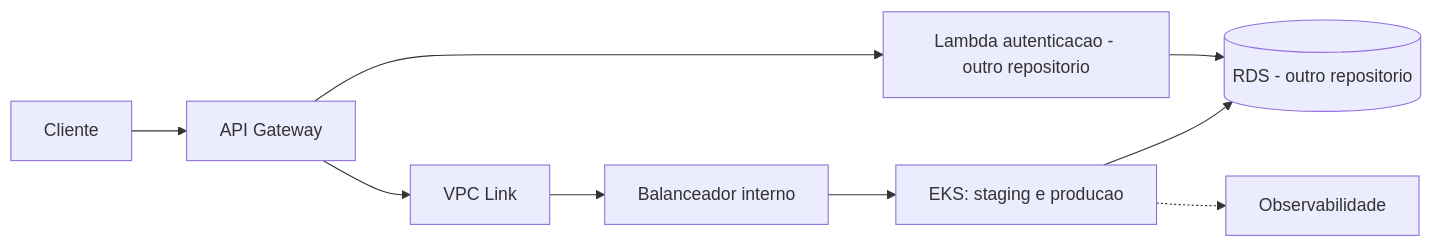
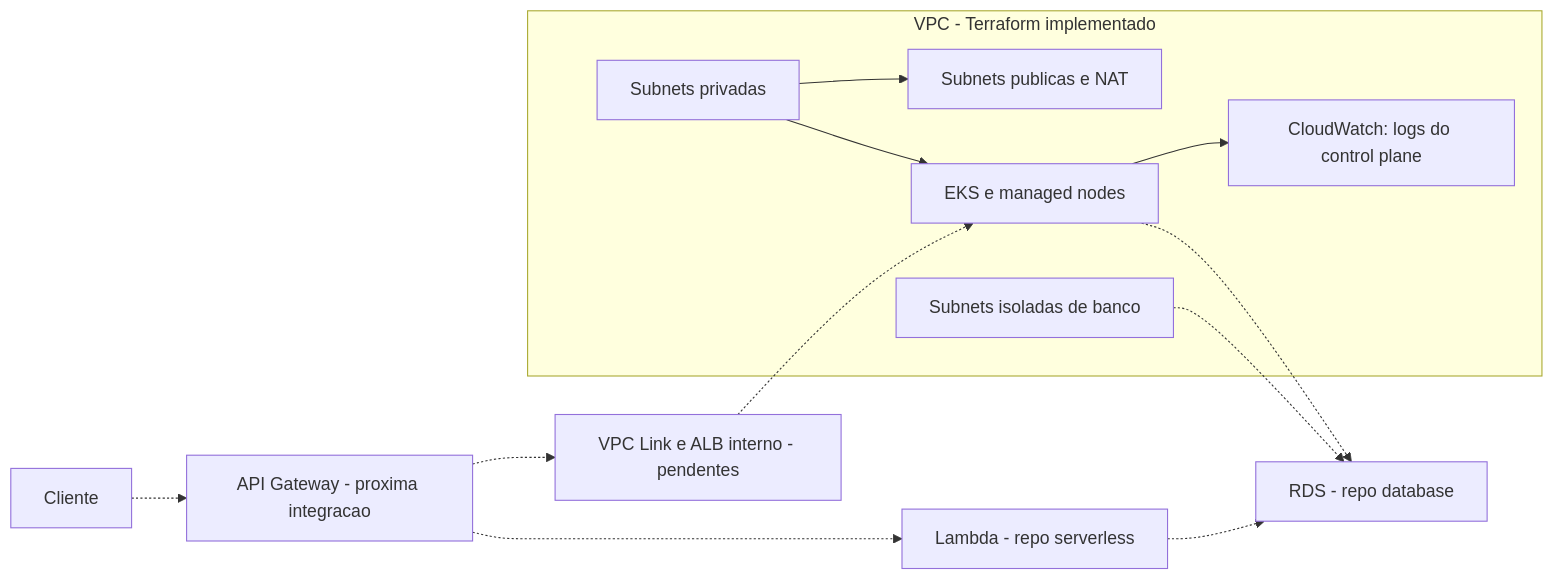
One commit to Venomouus/Oficina-infra-kubernetes changed the diagram in README.md. Above: the diagram before and after it, drawn with Mermaid. The commit also changed other lines of this file and 17 other files, not shown here.

Commit message:
feature: implementar fundacao AWS com VPC e EKS

````diff
--- a/README.md
+++ b/README.md
@@ -46,11 +37,18 @@
 ```mermaid
 flowchart LR
-    User[Cliente] --> Gateway[API Gateway]
-    Gateway --> Lambda[Lambda autenticacao - outro repositorio]
-    Gateway --> Link[VPC Link]
-    Link --> LB[Balanceador interno]
-    LB --> EKS[EKS: staging e producao]
-    EKS --> RDS[(RDS - outro repositorio)]
-    Lambda --> RDS
-    EKS -.-> Monitoring[Observabilidade]
+    Client[Cliente] -.-> Gateway[API Gateway - proxima integracao]
+    Gateway -.-> Auth[Lambda - repo serverless]
+    Gateway -.-> Link[VPC Link e ALB interno - pendentes]
+    subgraph VPC[VPC - Terraform implementado]
+        Public[Subnets publicas e NAT]
+        Private[Subnets privadas]
+        DBNet[Subnets isoladas de banco]
+        Private --> EKS[EKS e managed nodes]
+        Private --> Public
+        EKS --> CW[CloudWatch: logs do control plane]
+    end
+    Link -.-> EKS
+    EKS -.-> RDS[RDS - repo database]
+    Auth -.-> RDS
+    DBNet -.-> RDS
 ```
````
